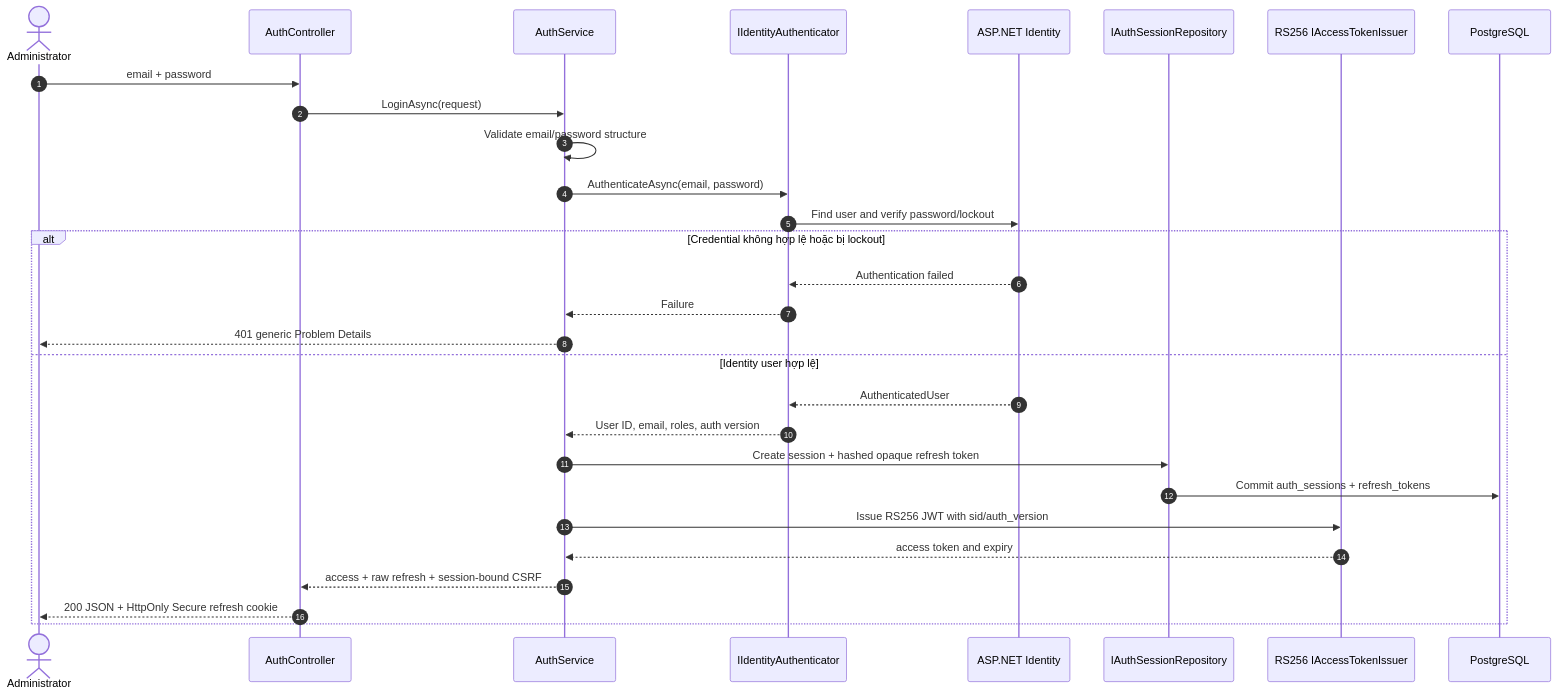
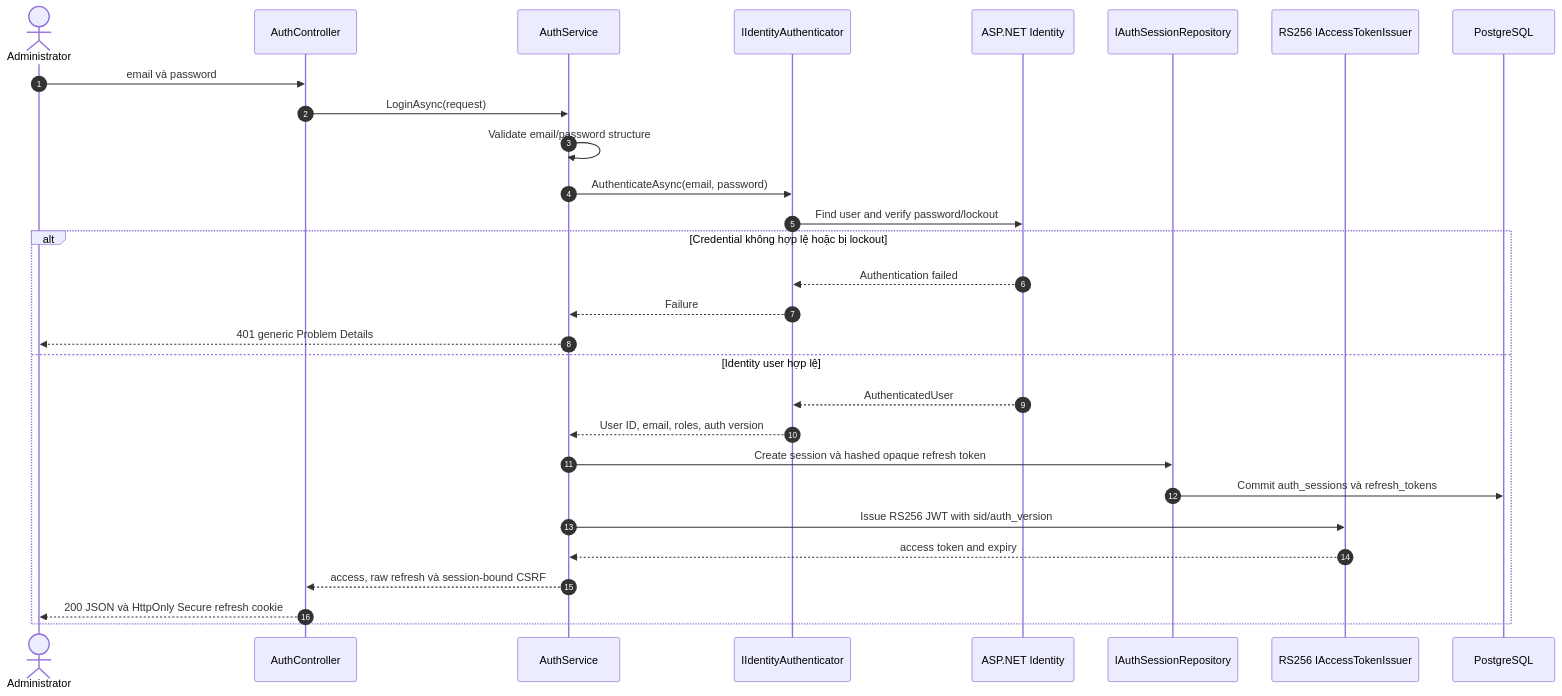
Before and after one commit to hoangnam-dev/CG03_AboutMe_API: the fifth of 19 diagrams in docs/architecture/CURRENT_PROCESS_FLOWS.md, drawn with Mermaid. The commit also changed other lines of this file and 16 other files, not shown here.

````diff
--- a/docs/architecture/CURRENT_PROCESS_FLOWS.md
+++ b/docs/architecture/CURRENT_PROCESS_FLOWS.md
@@ -178,33 +206,33 @@
 ```mermaid
 sequenceDiagram
     autonumber
     actor Admin as Administrator
     participant Controller as AuthController
     participant Service as AuthService
     participant Authenticator as IIdentityAuthenticator
     participant Identity as ASP.NET Identity
     participant SessionRepo as IAuthSessionRepository
     participant Issuer as RS256 IAccessTokenIssuer
     participant DB as PostgreSQL
 
-    Admin->>Controller: email + password
+    Admin->>Controller: email và password
     Controller->>Service: LoginAsync(request)
     Service->>Service: Validate email/password structure
     Service->>Authenticator: AuthenticateAsync(email, password)
     Authenticator->>Identity: Find user and verify password/lockout
 
     alt Credential không hợp lệ hoặc bị lockout
         Identity-->>Authenticator: Authentication failed
         Authenticator-->>Service: Failure
         Service-->>Admin: 401 generic Problem Details
     else Identity user hợp lệ
         Identity-->>Authenticator: AuthenticatedUser
         Authenticator-->>Service: User ID, email, roles, auth version
-        Service->>SessionRepo: Create session + hashed opaque refresh token
-        SessionRepo->>DB: Commit auth_sessions + refresh_tokens
+        Service->>SessionRepo: Create session và hashed opaque refresh token
+        SessionRepo->>DB: Commit auth_sessions và refresh_tokens
         Service->>Issuer: Issue RS256 JWT with sid/auth_version
         Issuer-->>Service: access token and expiry
-        Service-->>Controller: access + raw refresh + session-bound CSRF
-        Controller-->>Admin: 200 JSON + HttpOnly Secure refresh cookie
+        Service-->>Controller: access, raw refresh và session-bound CSRF
+        Controller-->>Admin: 200 JSON và HttpOnly Secure refresh cookie
     end
 ```
````
